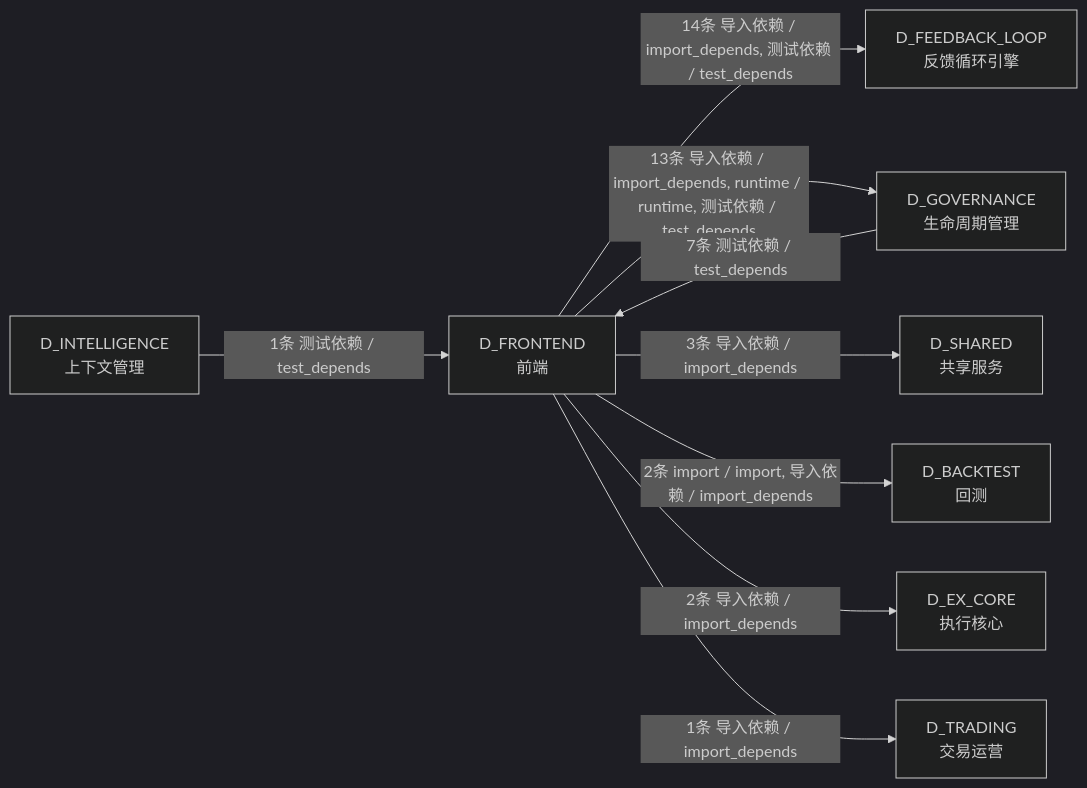
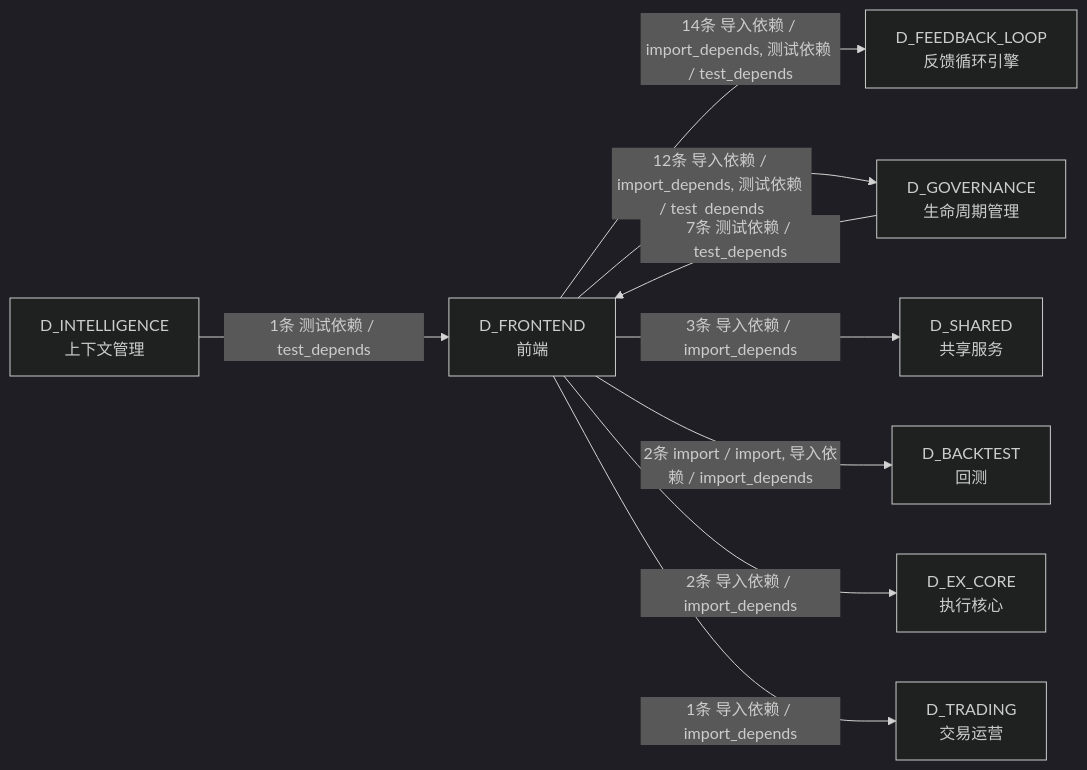
Before and after one commit to xuanFelixVan/ZephyrAlpha: the sixth of 6 diagrams in docs/02_enterprise_architecture/02_domain_architecture_docs/13_d_frontend.md, drawn with Mermaid (dark theme). The commit also changed other lines of this file and 122 other files, not shown here.

````diff
--- a/docs/02_enterprise_architecture/02_domain_architecture_docs/13_d_frontend.md
+++ b/docs/02_enterprise_architecture/02_domain_architecture_docs/13_d_frontend.md
@@ -497,19 +496,19 @@
 ```mermaid
 graph LR
     D_FRONTEND["D_FRONTEND<br/>前端"]
     D_FEEDBACK_LOOP["D_FEEDBACK_LOOP<br/>反馈循环引擎"]
     D_GOVERNANCE["D_GOVERNANCE<br/>生命周期管理"]
     D_SHARED["D_SHARED<br/>共享服务"]
     D_BACKTEST["D_BACKTEST<br/>回测"]
     D_EX_CORE["D_EX_CORE<br/>执行核心"]
     D_TRADING["D_TRADING<br/>交易运营"]
     D_INTELLIGENCE["D_INTELLIGENCE<br/>上下文管理"]
     D_FRONTEND -->|14条 导入依赖 / import_depends, 测试依赖 / test_depends| D_FEEDBACK_LOOP
-    D_FRONTEND -->|13条 导入依赖 / import_depends, runtime / runtime, 测试依赖 / test_depends| D_GOVERNANCE
+    D_FRONTEND -->|12条 导入依赖 / import_depends, 测试依赖 / test_depends| D_GOVERNANCE
     D_FRONTEND -->|3条 导入依赖 / import_depends| D_SHARED
     D_FRONTEND -->|2条 import / import, 导入依赖 / import_depends| D_BACKTEST
     D_FRONTEND -->|2条 导入依赖 / import_depends| D_EX_CORE
     D_FRONTEND -->|1条 导入依赖 / import_depends| D_TRADING
     D_GOVERNANCE -->|7条 测试依赖 / test_depends| D_FRONTEND
     D_INTELLIGENCE -->|1条 测试依赖 / test_depends| D_FRONTEND
 ```
````
